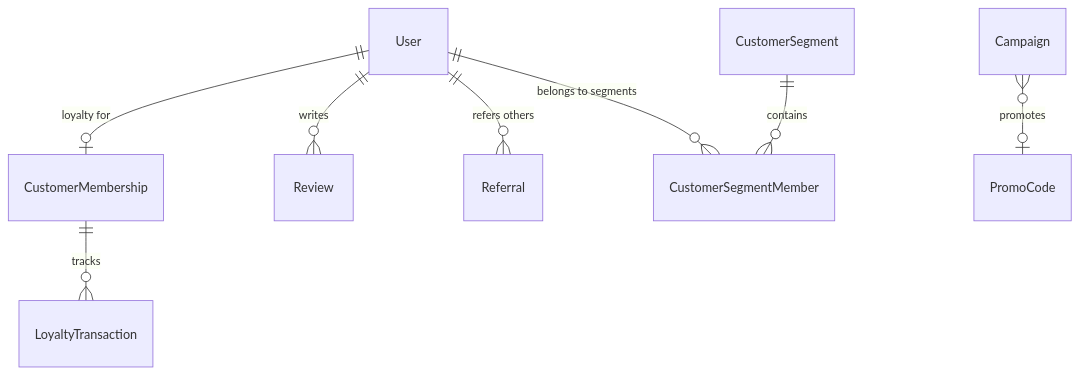
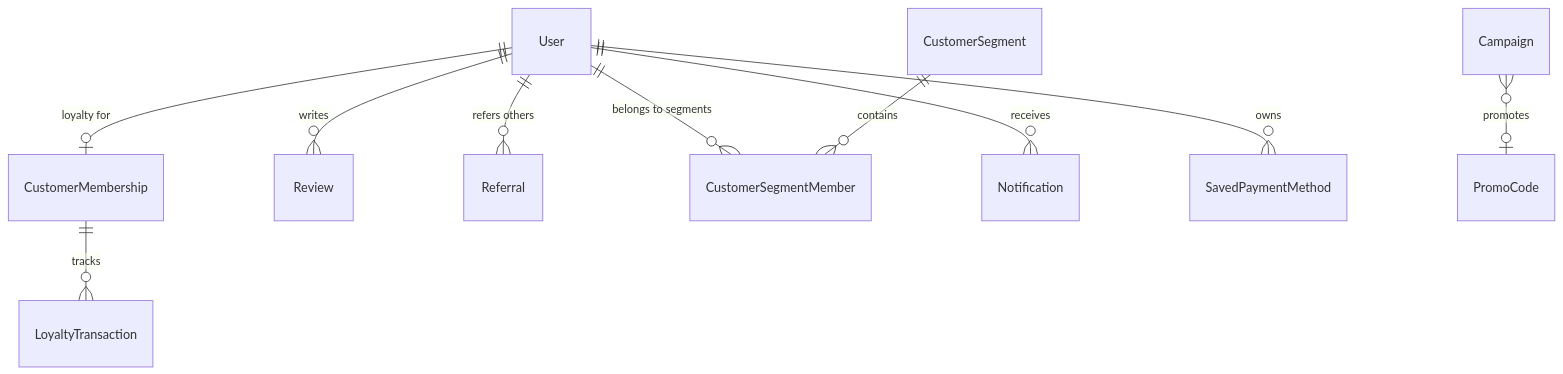
Before and after one commit to fitzfitz/bs-project: the third of 3 diagrams in docs/database_schema.md, drawn with Mermaid. The commit also changed other lines of this file and 628 other files, not shown here.

````diff
--- a/docs/database_schema.md
+++ b/docs/database_schema.md
@@ -1677,10 +1994,12 @@
 ```mermaid
 erDiagram
     User ||--o| CustomerMembership : "loyalty for"
     CustomerMembership ||--o{ LoyaltyTransaction : tracks
     User ||--o{ Review : writes
     User ||--o{ Referral : "refers others"
     User ||--o{ CustomerSegmentMember : "belongs to segments"
+    User ||--o{ Notification : "receives"
+    User ||--o{ SavedPaymentMethod : "owns"
     CustomerSegment ||--o{ CustomerSegmentMember : contains
     Campaign }o--o| PromoCode : promotes
 ```
````
